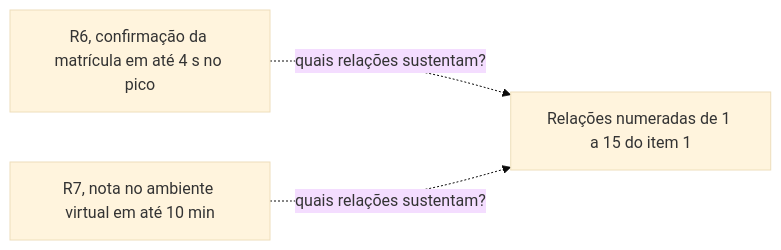
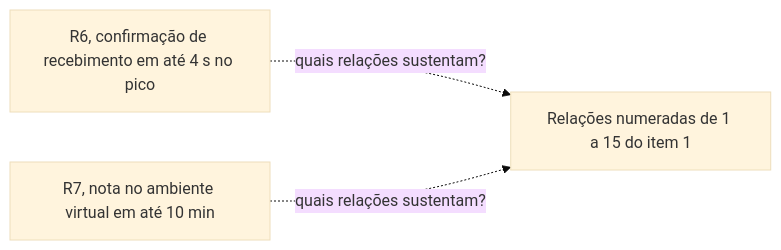
The first of 2 diagrams in docs/modulo-4-dominios-da-solucao/bloco-4-arquitetura-de-infraestrutura.md (aulas-marco/projeto-arquitetura-software), drawn with Mermaid (base theme) before and after one commit. The commit also changed other lines of this file and 56 other files, not shown here.

````diff
--- a/docs/modulo-4-dominios-da-solucao/bloco-4-arquitetura-de-infraestrutura.md
+++ b/docs/modulo-4-dominios-da-solucao/bloco-4-arquitetura-de-infraestrutura.md
@@ -222,8 +229,8 @@
 ```mermaid
 graph LR
-    R6["R6, confirmação da matrícula em até 4 s no pico"]
+    R6["R6, confirmação de recebimento em até 4 s no pico"]
     R7["R7, nota no ambiente virtual em até 10 min"]
     REL["Relações numeradas de 1 a 15 do item 1"]
     R6 -.->|"quais relações sustentam?"| REL
     R7 -.->|"quais relações sustentam?"| REL
 ```
````
